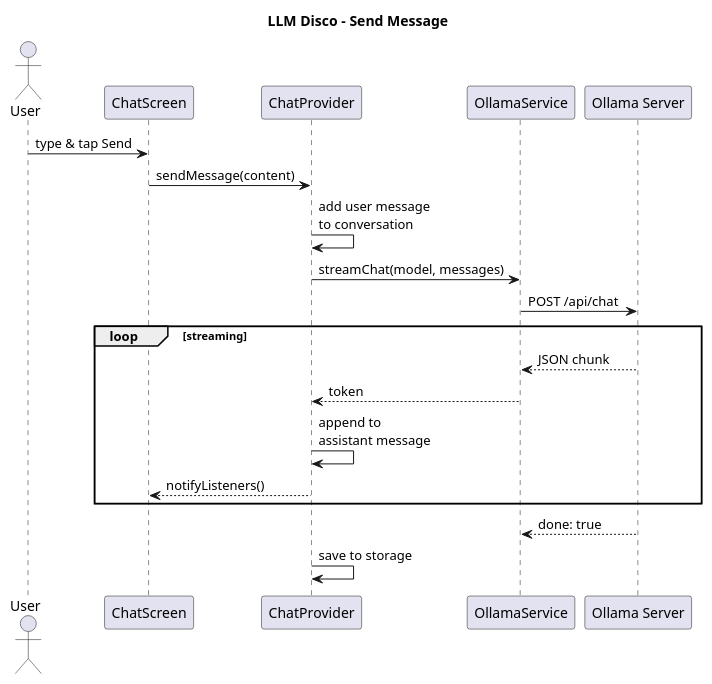
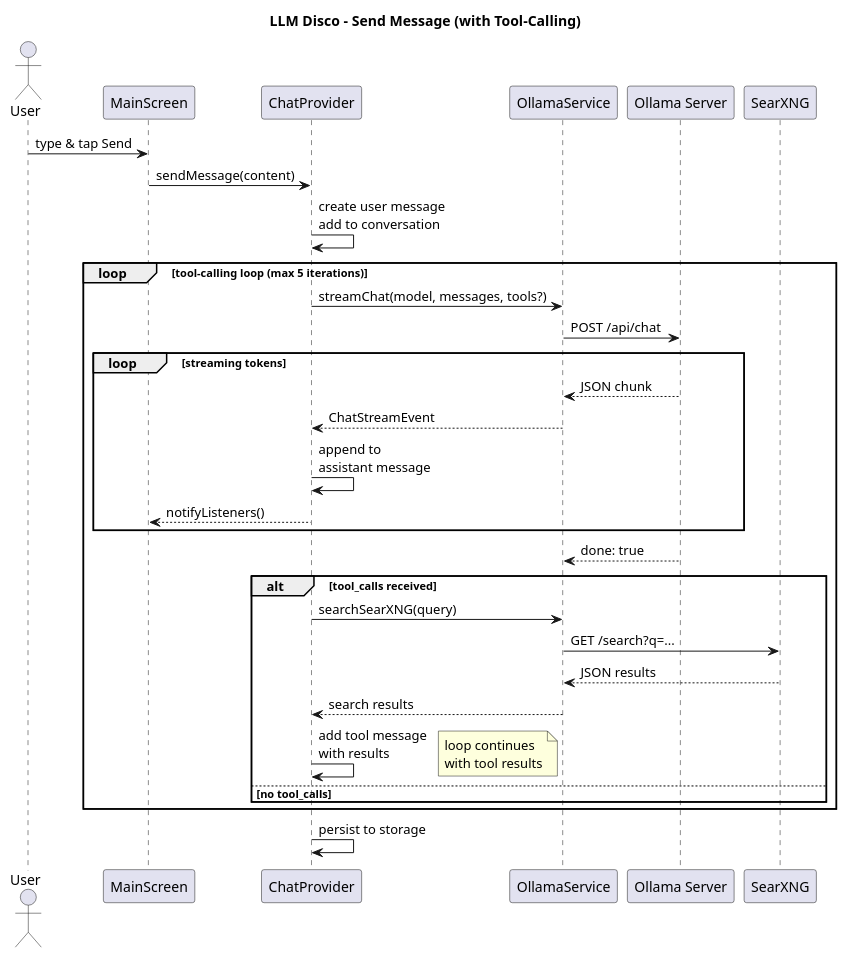
The third of 3 diagrams in uml_diagrams.puml (shamanchikq/llm_disco), drawn with PlantUML before and after one commit. The commit also changed other lines of this file and 7 other files, not shown here.

```diff
--- a/uml_diagrams.puml
+++ b/uml_diagrams.puml
@@ -116,26 +137,42 @@
 @startuml LLM_Disco_SendMessage_Sequence
-title LLM Disco - Send Message
+title LLM Disco - Send Message (with Tool-Calling)
 
 actor User
-participant ChatScreen
+participant MainScreen
 participant ChatProvider
 participant OllamaService
 participant "Ollama Server" as Ollama
+participant SearXNG
 
-User -> ChatScreen : type & tap Send
-ChatScreen -> ChatProvider : sendMessage(content)
-ChatProvider -> ChatProvider : add user message\nto conversation
-ChatProvider -> OllamaService : streamChat(model, messages)
-OllamaService -> Ollama : POST /api/chat
+User -> MainScreen : type & tap Send
+MainScreen -> ChatProvider : sendMessage(content)
+ChatProvider -> ChatProvider : create user message\nadd to conversation
 
-loop streaming
-  Ollama --> OllamaService : JSON chunk
-  OllamaService --> ChatProvider : token
-  ChatProvider -> ChatProvider : append to\nassistant message
-  ChatProvider --> ChatScreen : notifyListeners()
+loop tool-calling loop (max 5 iterations)
+  ChatProvider -> OllamaService : streamChat(model, messages, tools?)
+  OllamaService -> Ollama : POST /api/chat
+
+  loop streaming tokens
+    Ollama --> OllamaService : JSON chunk
+    OllamaService --> ChatProvider : ChatStreamEvent
+    ChatProvider -> ChatProvider : append to\nassistant message
+    ChatProvider --> MainScreen : notifyListeners()
+  end
+
+  Ollama --> OllamaService : done: true
+
+  alt tool_calls received
+    ChatProvider -> OllamaService : searchSearXNG(query)
+    OllamaService -> SearXNG : GET /search?q=...
+    SearXNG --> OllamaService : JSON results
+    OllamaService --> ChatProvider : search results
+    ChatProvider -> ChatProvider : add tool message\nwith results
+    note right: loop continues\nwith tool results
+  else no tool_calls
+    note right: break loop
+  end
 end
 
-Ollama --> OllamaService : done: true
-ChatProvider -> ChatProvider : save to storage
+ChatProvider -> ChatProvider : persist to storage
 
 @enduml
```
